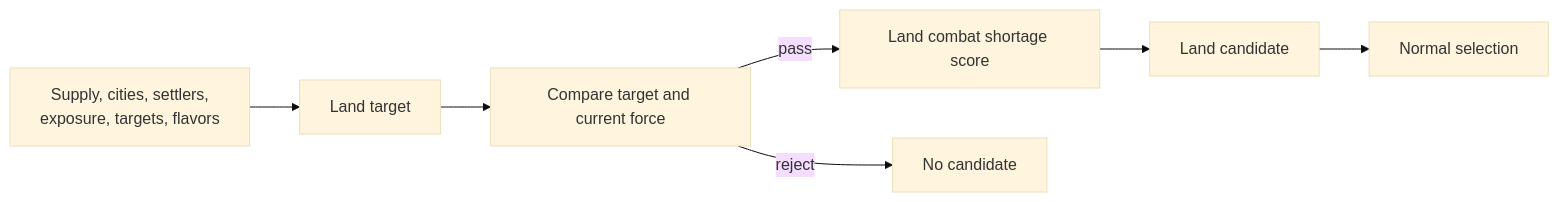
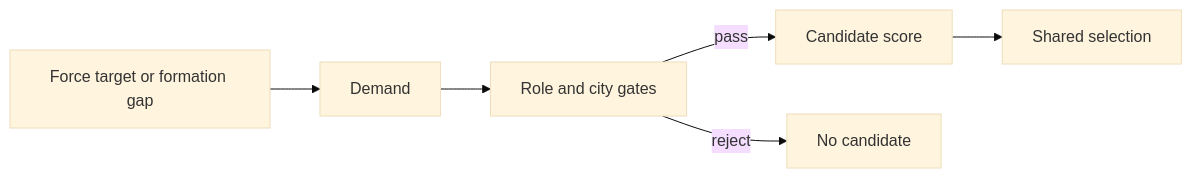
One commit to vox-deorum/vox-deorum changed the diagram in docs/developers/civ5-dll/unit-ai/military-production.md. Above: the diagram before and after it, drawn with Mermaid (base theme). The commit also changed other lines of this file and 14 other files, not shown here.

````diff
--- a/docs/developers/civ5-dll/unit-ai/military-production.md
+++ b/docs/developers/civ5-dll/unit-ai/military-production.md
@@ -25,9 +23,8 @@
 ```mermaid
 flowchart LR
-    I[Supply, cities, settlers,<br/>exposure, targets, flavors] --> T[Land target]
-    T --> G[Compare target and current force]
-    G -->|pass| S[Land combat shortage score]
+    I[Force target or formation gap] --> D[Demand]
+    D --> G[Role and city gates]
+    G -->|pass| S[Candidate score]
     G -->|reject| X[No candidate]
-    S --> C[Land candidate]
-    C --> P[Normal selection]
+    S --> P[Shared selection]
 ```
````
